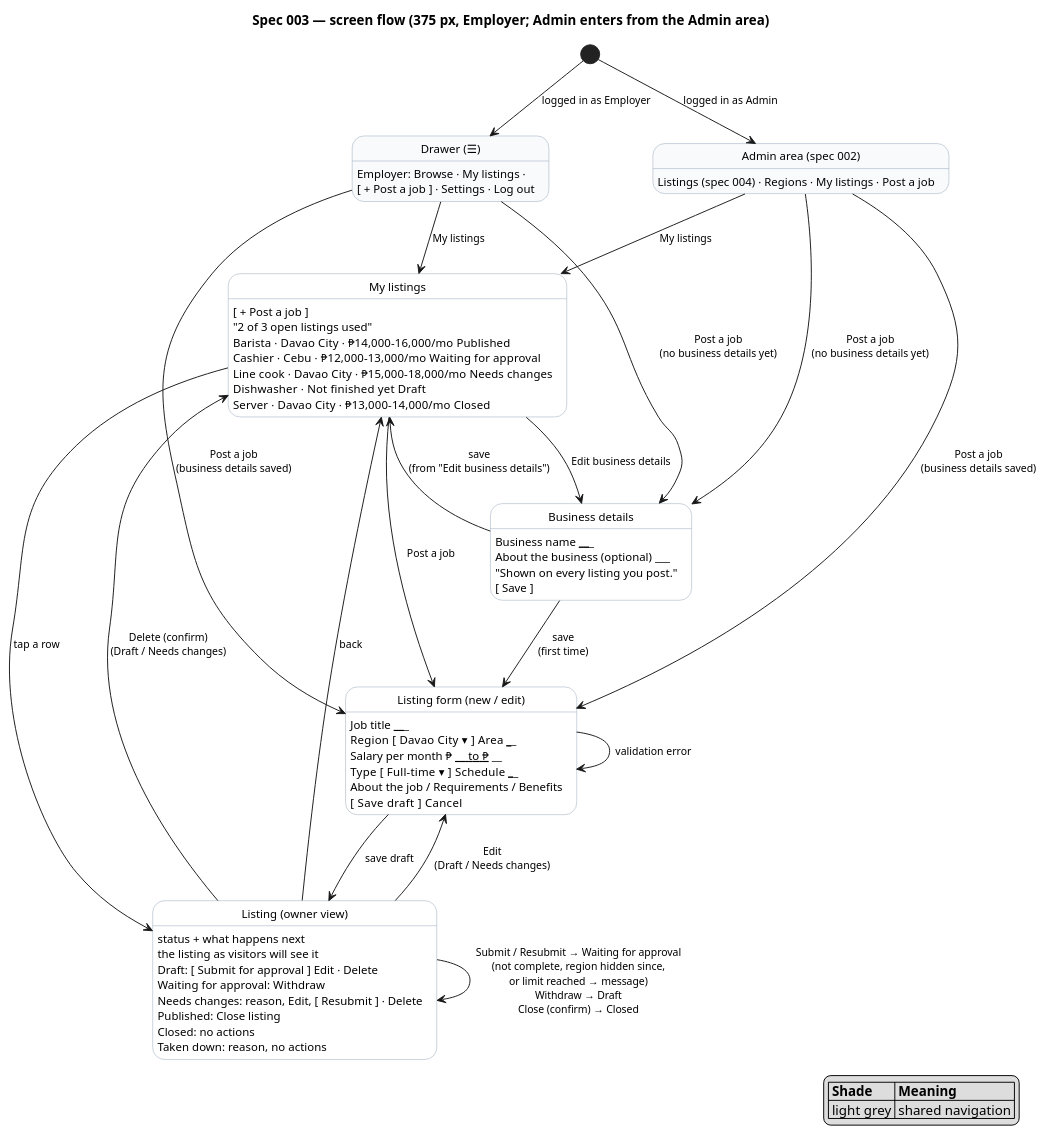
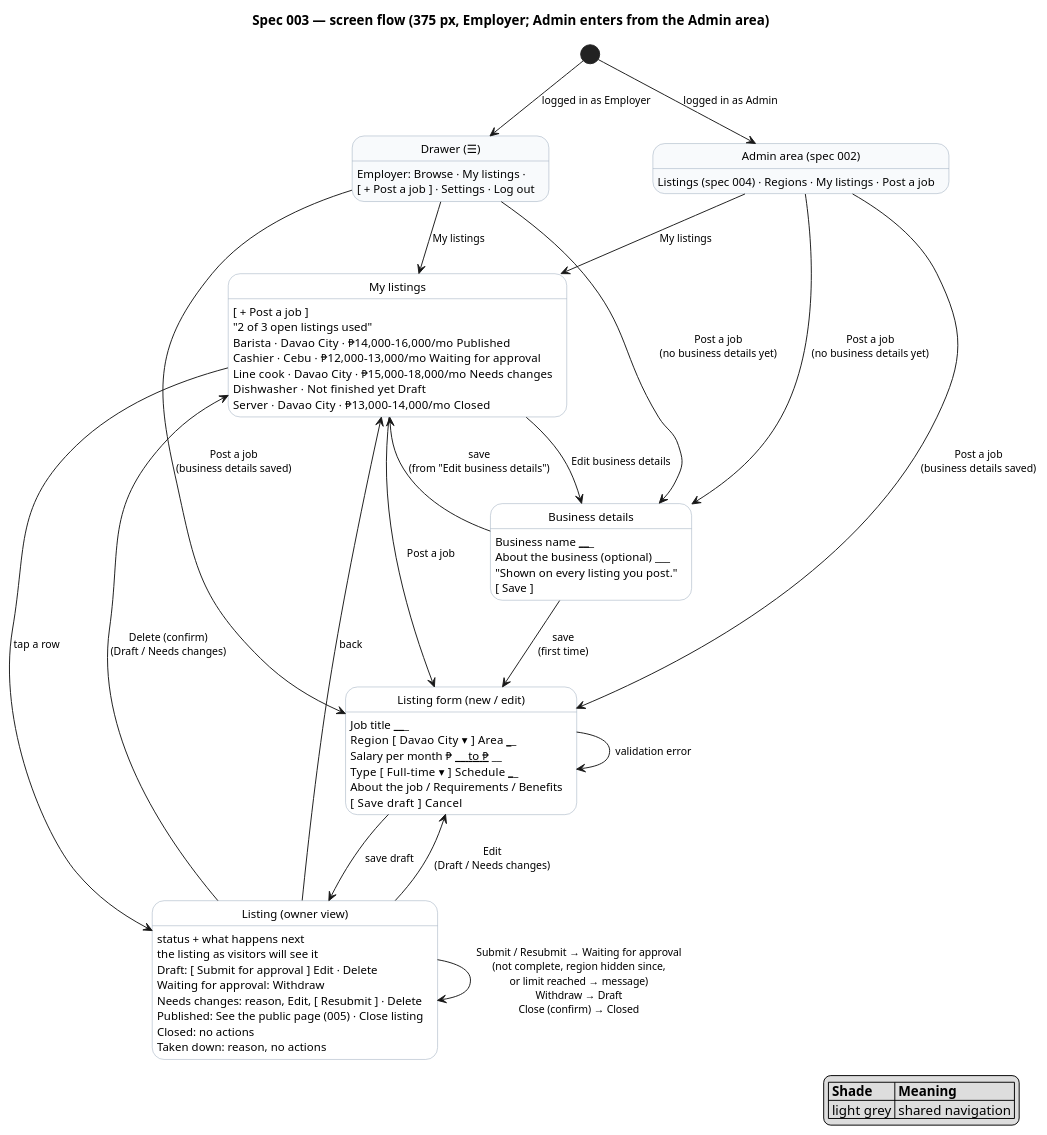
One commit to raseniero/jairojobs-elixir changed the diagram in docs/specs/003-listings-employer-posting/diagrams/screenflow-posting.puml. Above: the diagram before and after it, drawn with PlantUML. The commit also changed 21 other files, not shown here.

Commit message:
feat(browse): links between a listing's public page and its owner and Admin views (REQ-005-10)

```diff
--- a/docs/specs/003-listings-employer-posting/diagrams/screenflow-posting.puml
+++ b/docs/specs/003-listings-employer-posting/diagrams/screenflow-posting.puml
@@ -1,80 +1,80 @@
 @startuml screenflow-posting
 ' Spec 003 — screen flow. Each state is a screen (key elements listed); each arrow is a user action.
 ' Every user story US-003-1..12 is a path through this diagram (see table in spec.md).
 
 hide empty description
 skinparam state {
   BackgroundColor white
   BackgroundColor<<public>> #f8fafc
   BorderColor #94a3b8
   FontSize 12
 }
 skinparam arrowFontSize 11
 
 title Spec 003 — screen flow (375 px, Employer; Admin enters from the Admin area)
 
 state "Drawer (☰)" as Drawer <<public>>
 Drawer : Employer: Browse · My listings ·
 Drawer : [ + Post a job ] · Settings · Log out
 
 state "Admin area (spec 002)" as AdminArea <<public>>
 AdminArea : Listings (spec 004) · Regions · My listings · Post a job
 
 state "My listings" as Mine
 Mine : [ + Post a job ]
 Mine : "2 of 3 open listings used"
 Mine : Barista · Davao City · ₱14,000–16,000/mo   Published
 Mine : Cashier · Cebu · ₱12,000–13,000/mo   Waiting for approval
 Mine : Line cook · Davao City · ₱15,000–18,000/mo   Needs changes
 Mine : Dishwasher · Not finished yet   Draft
 Mine : Server · Davao City · ₱13,000–14,000/mo   Closed
 
 state "Business details" as Business
 Business : Business name ___________
 Business : About the business (optional) ___
 Business : "Shown on every listing you post."
 Business : [ Save ]
 
 state "Listing form (new / edit)" as Form
 Form : Job title ___________
 Form : Region [ Davao City ▾ ]   Area ______
 Form : Salary per month ₱ ____ to ₱ ____
 Form : Type [ Full-time ▾ ]   Schedule ______
 Form : About the job / Requirements / Benefits
 Form : [ Save draft ]   Cancel
 
 state "Listing (owner view)" as Listing
 Listing : status + what happens next
 Listing : the listing as visitors will see it
 Listing : Draft: [ Submit for approval ] Edit · Delete
 Listing : Waiting for approval: Withdraw
 Listing : Needs changes: reason, Edit, [ Resubmit ] · Delete
-Listing : Published: Close listing
+Listing : Published: See the public page (005) · Close listing
 Listing : Closed: no actions
 Listing : Taken down: reason, no actions
 
 [*] --> Drawer : logged in as Employer
 [*] --> AdminArea : logged in as Admin
 AdminArea --> Mine : My listings
 AdminArea --> Form : Post a job\n(business details saved)
 AdminArea --> Business : Post a job\n(no business details yet)
 Drawer --> Mine : My listings
 Drawer --> Form : Post a job\n(business details saved)
 Drawer --> Business : Post a job\n(no business details yet)
 Mine --> Form : Post a job
 Business --> Form : save\n(first time)
 Business --> Mine : save\n(from "Edit business details")
 Mine --> Business : Edit business details
 Form --> Listing : save draft
 Form --> Form : validation error
 Mine --> Listing : tap a row
 Listing --> Form : Edit\n(Draft / Needs changes)
 Listing --> Listing : Submit / Resubmit → Waiting for approval\n(not complete, region hidden since,\nor limit reached → message)\nWithdraw → Draft\nClose (confirm) → Closed
 Listing --> Mine : Delete (confirm)\n(Draft / Needs changes)
 Listing --> Mine : back
 
 legend right
   |= Shade |= Meaning |
   | light grey | shared navigation |
 endlegend
 @enduml
```
